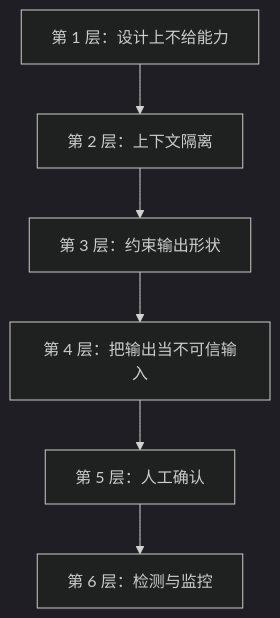
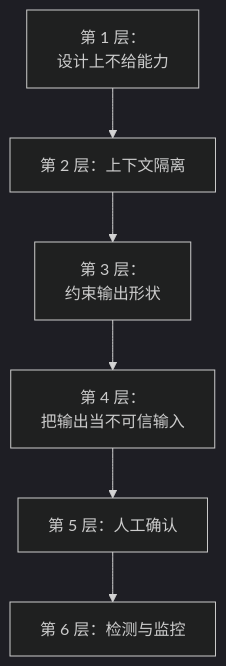
The second of 2 diagrams in books/llmops/07-prompt-injection.md (jarvis-pro/hatch-shelf), drawn with Mermaid (dark theme) before and after one commit. The commit also changed other lines of this file and 432 other files, not shown here.

````diff
--- a/books/llmops/07-prompt-injection.md
+++ b/books/llmops/07-prompt-injection.md
@@ -65,8 +62,8 @@
 ```mermaid
 flowchart TD
-  L1["第 1 层：设计上不给能力"] --> L2["第 2 层：上下文隔离"]
-  L2 --> L3["第 3 层：约束输出形状"]
-  L3 --> L4["第 4 层：把输出当不可信输入"]
+  L1["第 1 层：<br/>设计上不给能力"] --> L2["第 2 层：上下文隔离"]
+  L2 --> L3["第 3 层：<br/>约束输出形状"]
+  L3 --> L4["第 4 层：<br/>把输出当不可信输入"]
   L4 --> L5["第 5 层：人工确认"]
   L5 --> L6["第 6 层：检测与监控"]
 ```
````
